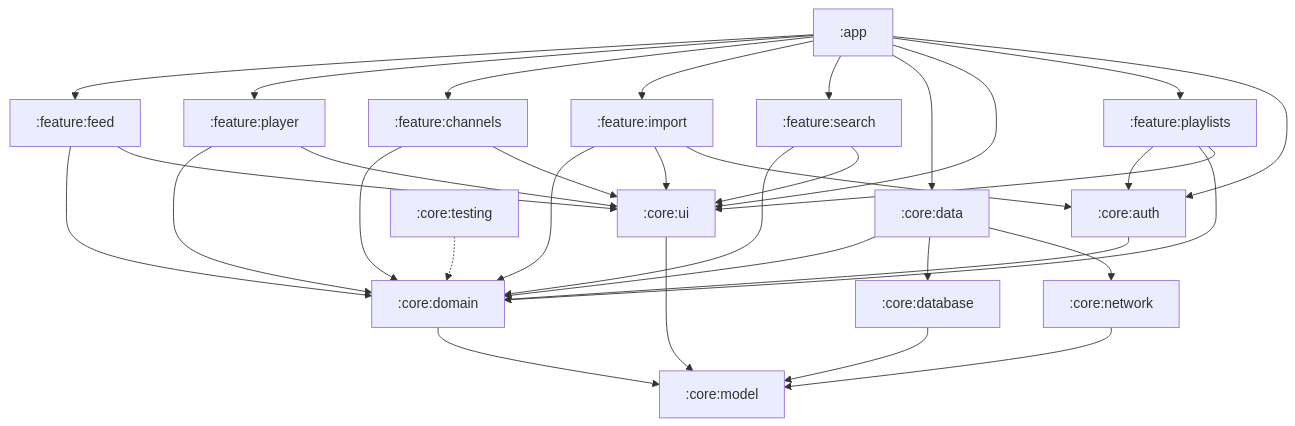
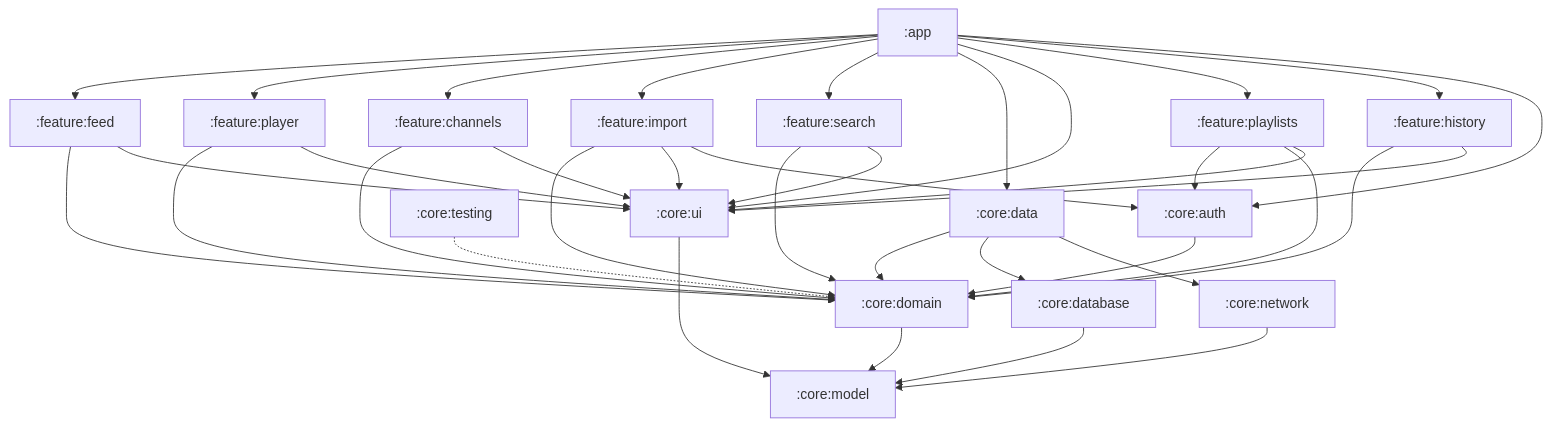
Before and after one commit to t1matoma/useful-youtube: the diagram in docs/ARCHITECTURE.md, drawn with Mermaid. The commit also changed other lines of this file and 21 other files, not shown here.

````diff
--- a/docs/ARCHITECTURE.md
+++ b/docs/ARCHITECTURE.md
@@ -8,38 +8,41 @@
 ```mermaid
 graph TD
     app[":app"] --> feed[":feature:feed"]
     app --> player[":feature:player"]
     app --> channels[":feature:channels"]
     app --> import[":feature:import"]
     app --> search[":feature:search"]
     app --> data[":core:data"]
     app --> ui[":core:ui"]
 
     feed --> domain[":core:domain"]
     player --> domain
     channels --> domain
     import --> domain
     search --> domain
     search --> ui
     feed --> ui
     player --> ui
     channels --> ui
     import --> ui
     import --> auth[":core:auth"]
     playlists[":feature:playlists"] --> auth
     playlists --> domain
     playlists --> ui
     app --> playlists
+    app --> history[":feature:history"]
+    history --> domain
+    history --> ui
     app --> auth
     auth --> domain
 
     data --> domain
     data --> database[":core:database"]
     data --> network[":core:network"]
     domain --> model[":core:model"]
     database --> model
     network --> model
     ui --> model
 
     testing[":core:testing"] -.-> domain
 ```
````
